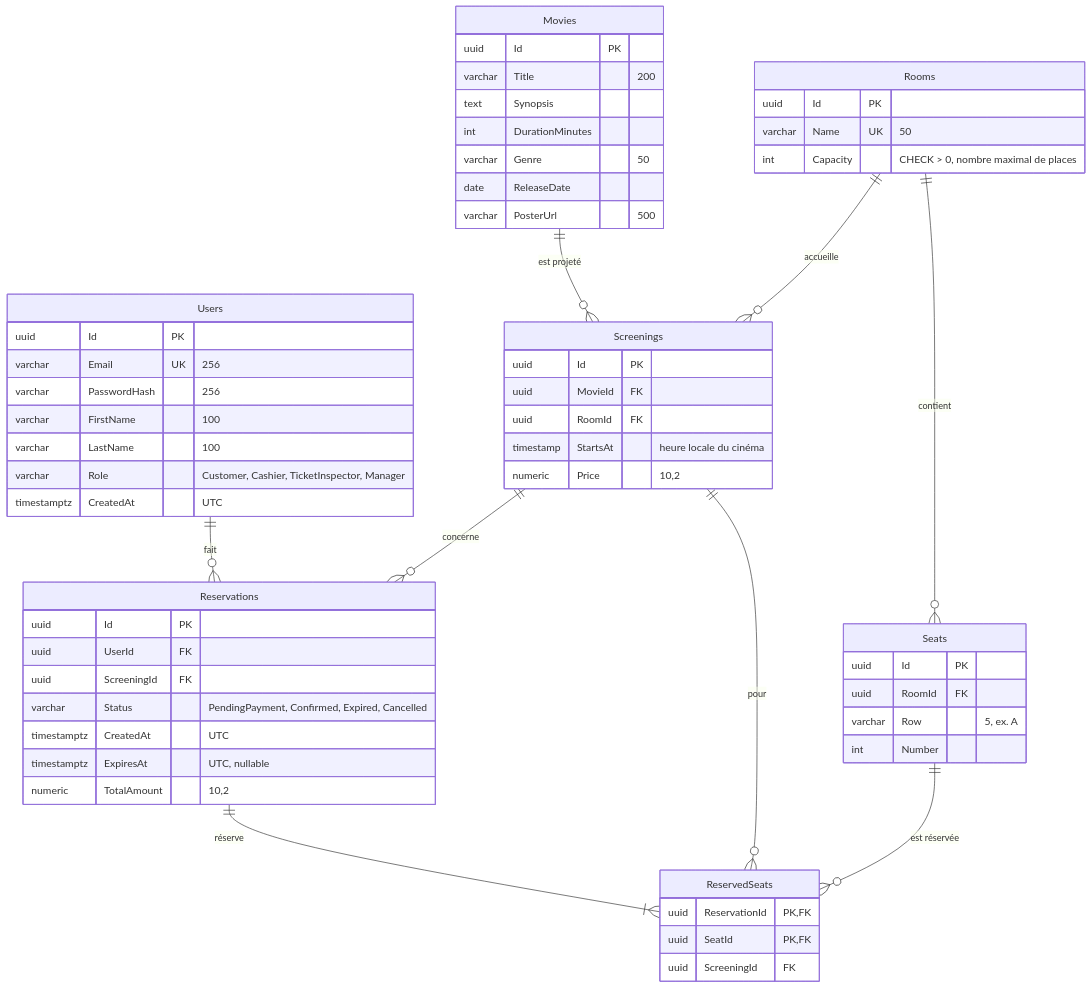
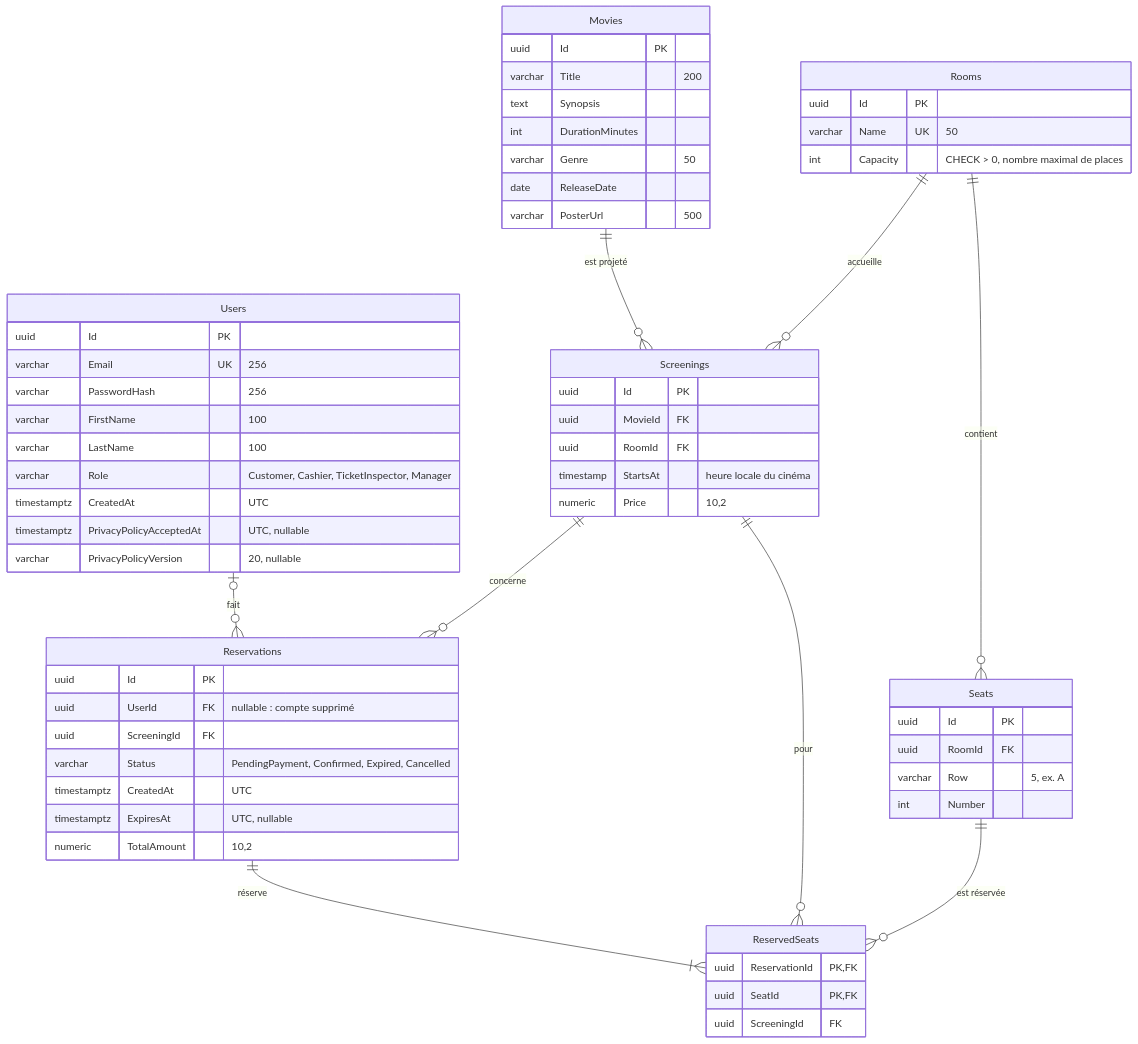
Before and after one commit to Grand-Cinema-Studi/grand-cinema-backend: the diagram in docs/database/erd.md, drawn with Mermaid. The commit also changed other lines of this file and 2 other files, not shown here.

Commit message:
docs(us-2.1): privacy policy acceptance and account deletion in the schema and README

````diff
--- a/docs/database/erd.md
+++ b/docs/database/erd.md
@@ -5,62 +5,64 @@
 ```mermaid
 erDiagram
-    Users ||--o{ Reservations : "fait"
+    Users |o--o{ Reservations : "fait"
     Screenings ||--o{ Reservations : "concerne"
     Movies ||--o{ Screenings : "est projeté"
     Rooms ||--o{ Screenings : "accueille"
     Rooms ||--o{ Seats : "contient"
     Reservations ||--|{ ReservedSeats : "réserve"
     Seats ||--o{ ReservedSeats : "est réservée"
     Screenings ||--o{ ReservedSeats : "pour"
 
     Users {
         uuid Id PK
         varchar Email UK "256"
         varchar PasswordHash "256"
         varchar FirstName "100"
         varchar LastName "100"
         varchar Role "Customer, Cashier, TicketInspector, Manager"
         timestamptz CreatedAt "UTC"
+        timestamptz PrivacyPolicyAcceptedAt "UTC, nullable"
+        varchar PrivacyPolicyVersion "20, nullable"
     }
     Movies {
         uuid Id PK
         varchar Title "200"
         text Synopsis
         int DurationMinutes
         varchar Genre "50"
         date ReleaseDate
         varchar PosterUrl "500"
     }
     Rooms {
         uuid Id PK
         varchar Name UK "50"
         int Capacity "CHECK > 0, nombre maximal de places"
     }
     Seats {
         uuid Id PK
         uuid RoomId FK
         varchar Row "5, ex. A"
         int Number
     }
     Screenings {
         uuid Id PK
         uuid MovieId FK
         uuid RoomId FK
         timestamp StartsAt "heure locale du cinéma"
         numeric Price "10,2"
     }
     Reservations {
         uuid Id PK
-        uuid UserId FK
+        uuid UserId FK "nullable : compte supprimé"
         uuid ScreeningId FK
         varchar Status "PendingPayment, Confirmed, Expired, Cancelled"
         timestamptz CreatedAt "UTC"
         timestamptz ExpiresAt "UTC, nullable"
         numeric TotalAmount "10,2"
     }
     ReservedSeats {
         uuid ReservationId PK, FK
         uuid SeatId PK, FK
         uuid ScreeningId FK
     }
 ```
````
